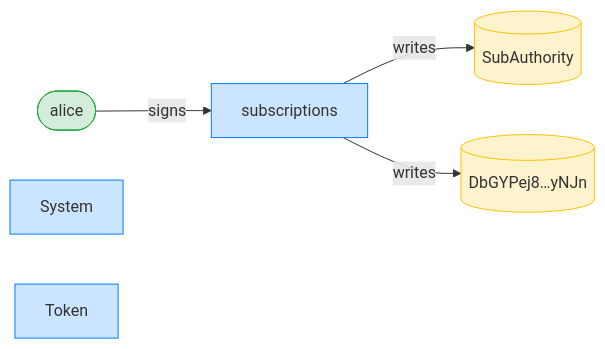
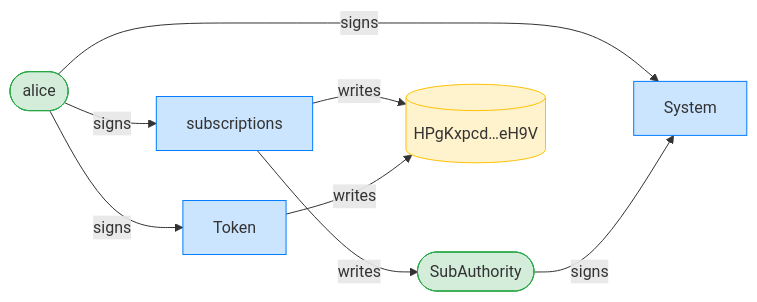
The third of 8 diagrams in dsl_tests/writable-accounts-must-be-writable--transferrecurring-.md (cds-rs/subscriptions), drawn with Mermaid before and after one commit. The commit also changed other lines of this file and 224 other files, not shown here.

````diff
--- a/dsl_tests/writable-accounts-must-be-writable--transferrecurring-.md
+++ b/dsl_tests/writable-accounts-must-be-writable--transferrecurring-.md
@@ -55,15 +56,19 @@
 ```mermaid
 flowchart LR
     classDef signer fill:#d4edda,stroke:#28a745;
     classDef program fill:#cce5ff,stroke:#007bff;
     classDef writable fill:#fff3cd,stroke:#ffc107;
     subscriptions[subscriptions]:::program
     alice([alice]):::signer
-    SubAuthority[(SubAuthority)]:::writable
-    DbGYPej8_yNJn[("DbGYPej8…yNJn")]:::writable
+    SubAuthority([SubAuthority]):::signer
+    HPgKxpcd_eH9V[("HPgKxpcd…eH9V")]:::writable
     System[System]:::program
     Token[Token]:::program
     alice -->|signs| subscriptions
+    alice -->|signs| System
+    SubAuthority -->|signs| System
+    alice -->|signs| Token
     subscriptions -->|writes| SubAuthority
-    subscriptions -->|writes| DbGYPej8_yNJn
+    subscriptions -->|writes| HPgKxpcd_eH9V
+    Token -->|writes| HPgKxpcd_eH9V
 ```
````
